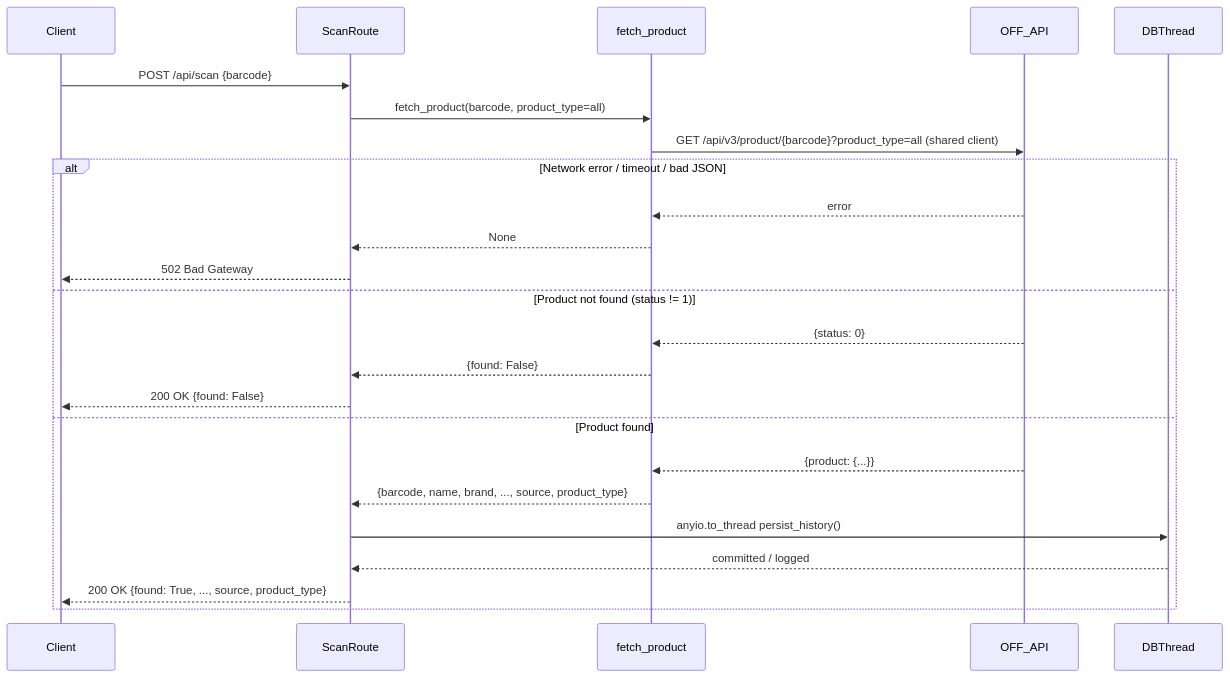
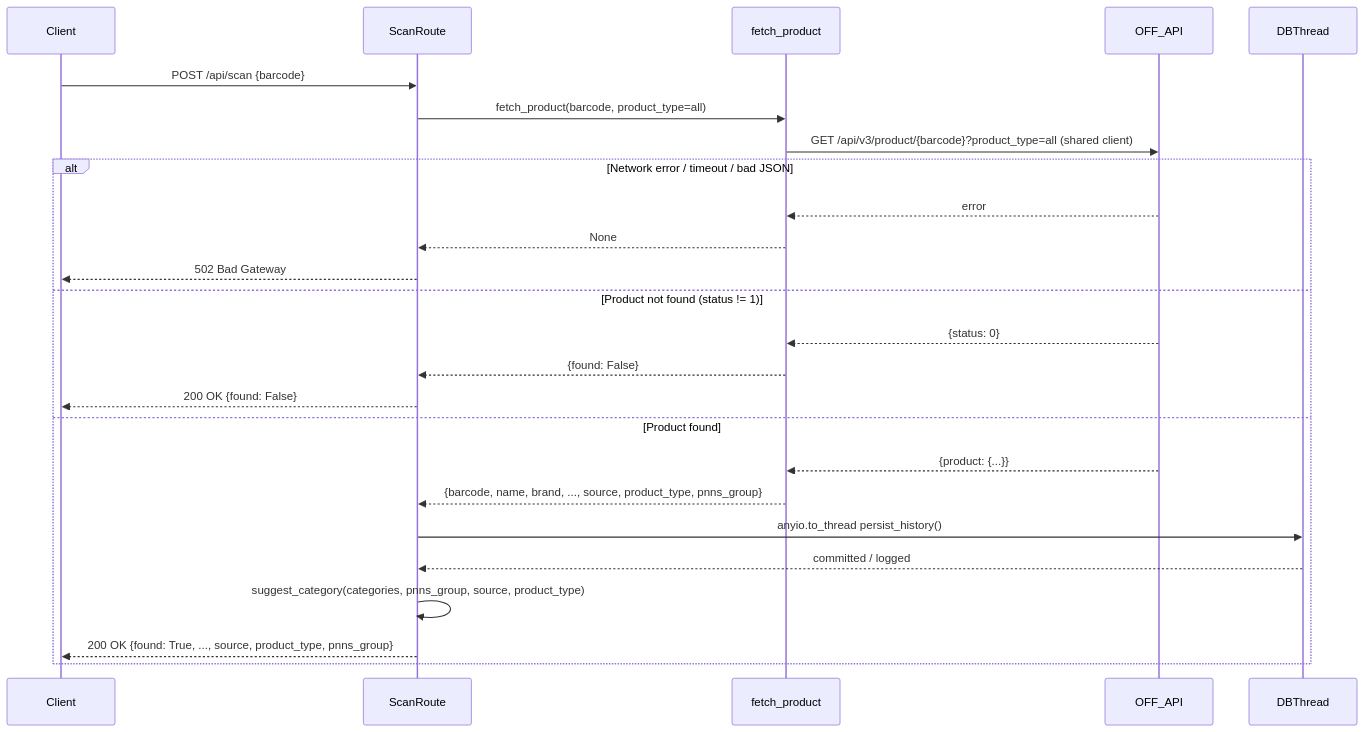
The second of 2 diagrams in wiki/modules/backend-routes-scan.md (lorecanc/dispensapp), drawn with Mermaid before and after one commit. The commit also changed other lines of this file and 33 other files, not shown here.

````diff
--- a/wiki/modules/backend-routes-scan.md
+++ b/wiki/modules/backend-routes-scan.md
@@ -138,27 +165,28 @@
 ```mermaid
 sequenceDiagram
     participant Client
     participant ScanRoute
     participant fetch_product
     participant OFF_API
     participant DBThread
 
     Client->>ScanRoute: POST /api/scan {barcode}
     ScanRoute->>fetch_product: fetch_product(barcode, product_type=all)
     fetch_product->>OFF_API: GET /api/v3/product/{barcode}?product_type=all (shared client)
     alt Network error / timeout / bad JSON
         OFF_API-->>fetch_product: error
         fetch_product-->>ScanRoute: None
         ScanRoute-->>Client: 502 Bad Gateway
     else Product not found (status != 1)
         OFF_API-->>fetch_product: {status: 0}
         fetch_product-->>ScanRoute: {found: False}
         ScanRoute-->>Client: 200 OK {found: False}
     else Product found
         OFF_API-->>fetch_product: {product: {...}}
-        fetch_product-->>ScanRoute: {barcode, name, brand, ..., source, product_type}
+        fetch_product-->>ScanRoute: {barcode, name, brand, ..., source, product_type, pnns_group}
         ScanRoute->>DBThread: anyio.to_thread persist_history()
         DBThread-->>ScanRoute: committed / logged
-        ScanRoute-->>Client: 200 OK {found: True, ..., source, product_type}
+        ScanRoute->>ScanRoute: suggest_category(categories, pnns_group, source, product_type)
+        ScanRoute-->>Client: 200 OK {found: True, ..., source, product_type, pnns_group}
     end
 ```
````
